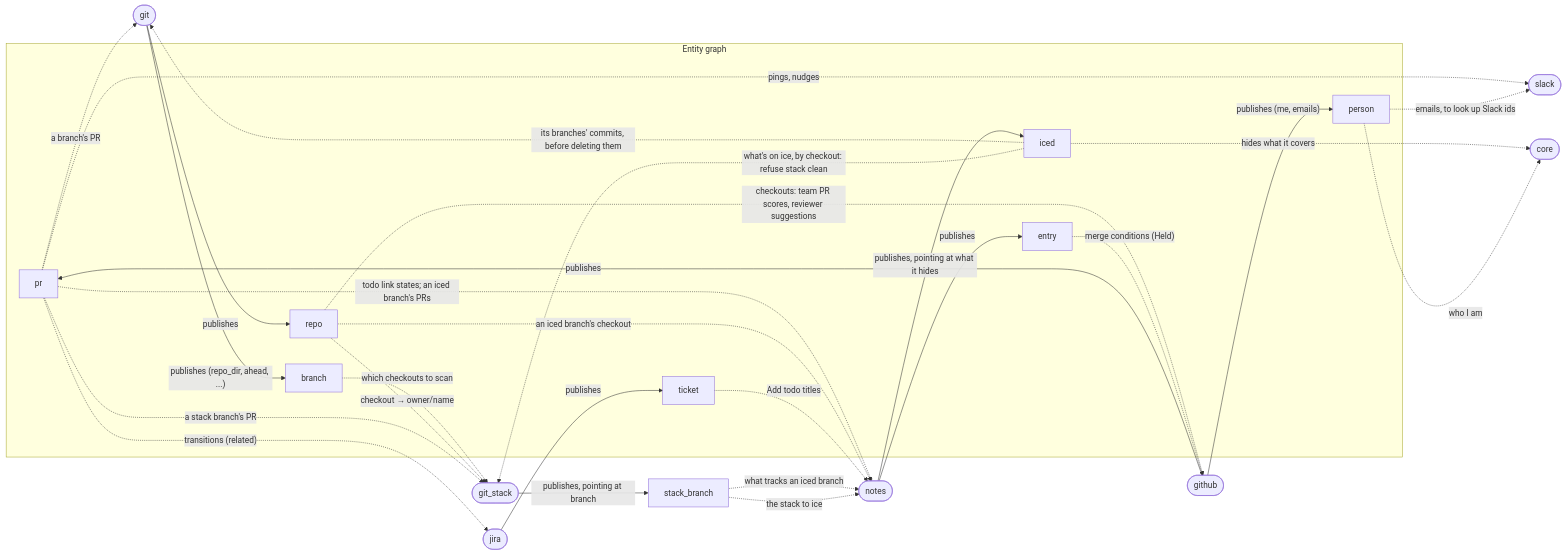
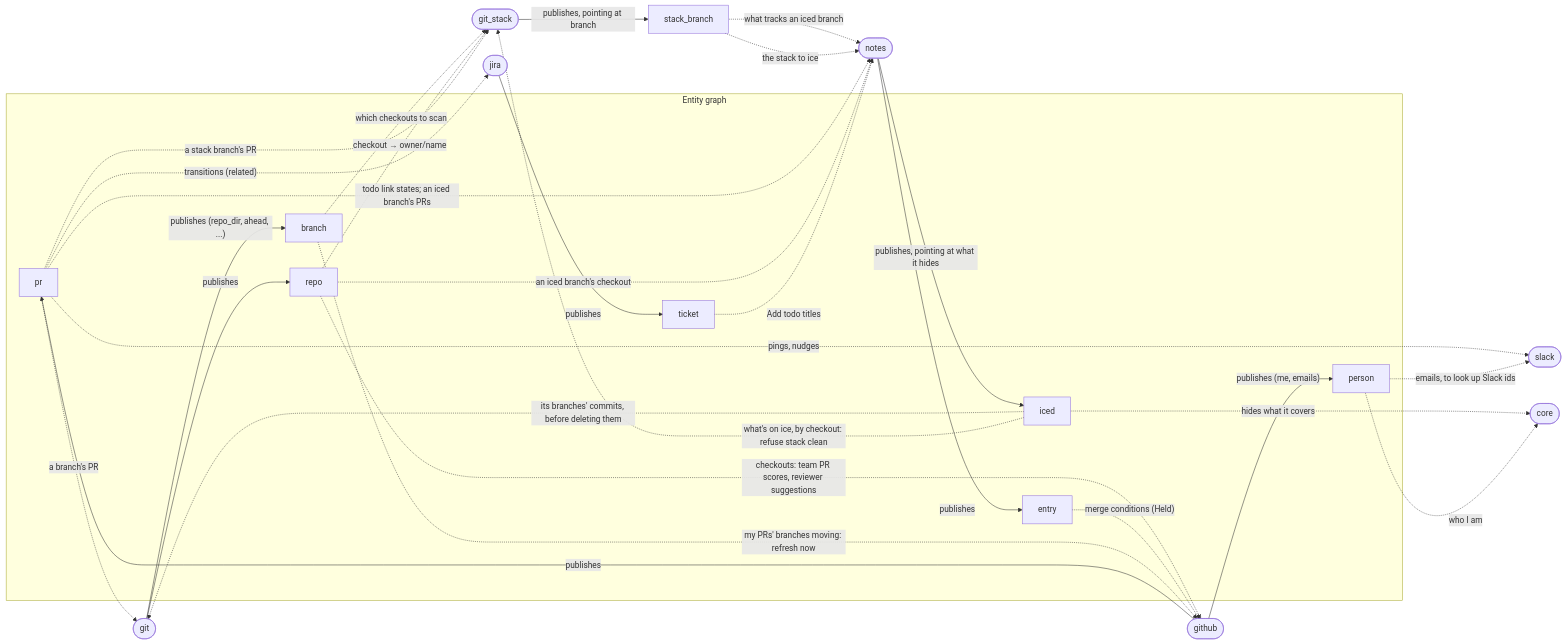
One commit to benekastah/move-forward changed the first of 2 diagrams in docs/plugins.md. Above: the diagram before and after it, drawn with Mermaid. The commit also changed 4 other files, not shown here.

First line of the commit message:
Refresh github within seconds of a commit or push on my PR's branch

````diff
--- a/docs/plugins.md
+++ b/docs/plugins.md
@@ -17,40 +17,41 @@
 ```mermaid
 flowchart LR
     subgraph Graph["Entity graph"]
         pr[pr]
         person[person]
         repo[repo]
         branch[branch]
         ticket[ticket]
         entry[entry]
         ice[iced]
     end
 
     github([github]) -- publishes --> pr
     github -- "publishes (me, emails)" --> person
     git([git]) -- publishes --> repo
     git -- "publishes (repo_dir, ahead, ...)" --> branch
     git_stack([git_stack]) -- "publishes, pointing at branch" --> stack_branch[stack_branch]
     jira([jira]) -- publishes --> ticket
     notes([notes]) -- publishes --> entry
     notes -- "publishes, pointing at what it hides" --> ice
     ice -. "hides what it covers" .-> core([core])
 
     repo -. "checkouts: team PR scores, reviewer suggestions" .-> github
     entry -. "merge conditions (Held)" .-> github
+    branch -. "my PRs' branches moving: refresh now" .-> github
     pr -. "a branch's PR" .-> git
     ice -. "its branches' commits, before deleting them" .-> git
     branch -. "which checkouts to scan" .-> git_stack
     repo -. "checkout → owner/name" .-> git_stack
     pr -. "a stack branch's PR" .-> git_stack
     ice -. "what's on ice, by checkout: refuse stack clean" .-> git_stack
     pr -. "transitions (related)" .-> jira
     pr -. "pings, nudges" .-> slack([slack])
     person -. "emails, to look up Slack ids" .-> slack
     pr -. "todo link states; an iced branch's PRs" .-> notes
     repo -. "an iced branch's checkout" .-> notes
     stack_branch -. "what tracks an iced branch" .-> notes
     ticket -. "Add todo titles" .-> notes
     stack_branch -. "the stack to ice" .-> notes
     person -. "who I am" .-> core([core])
 ```
````
